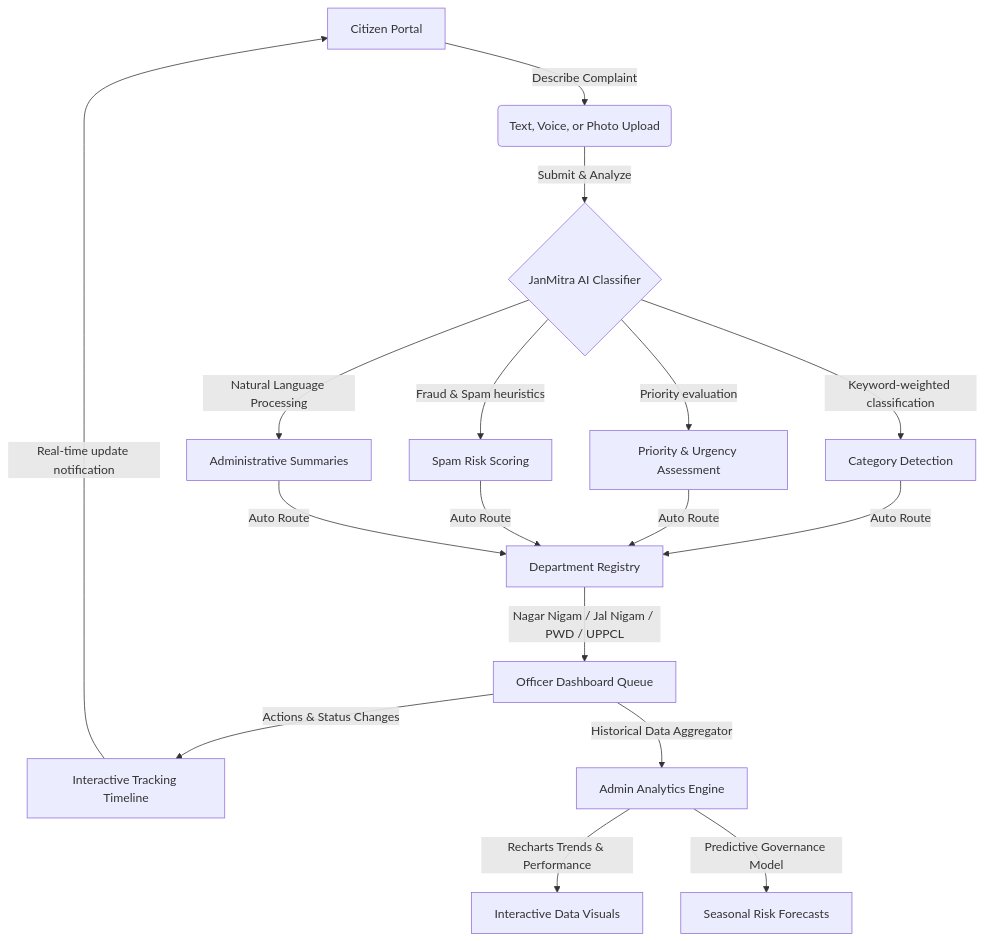
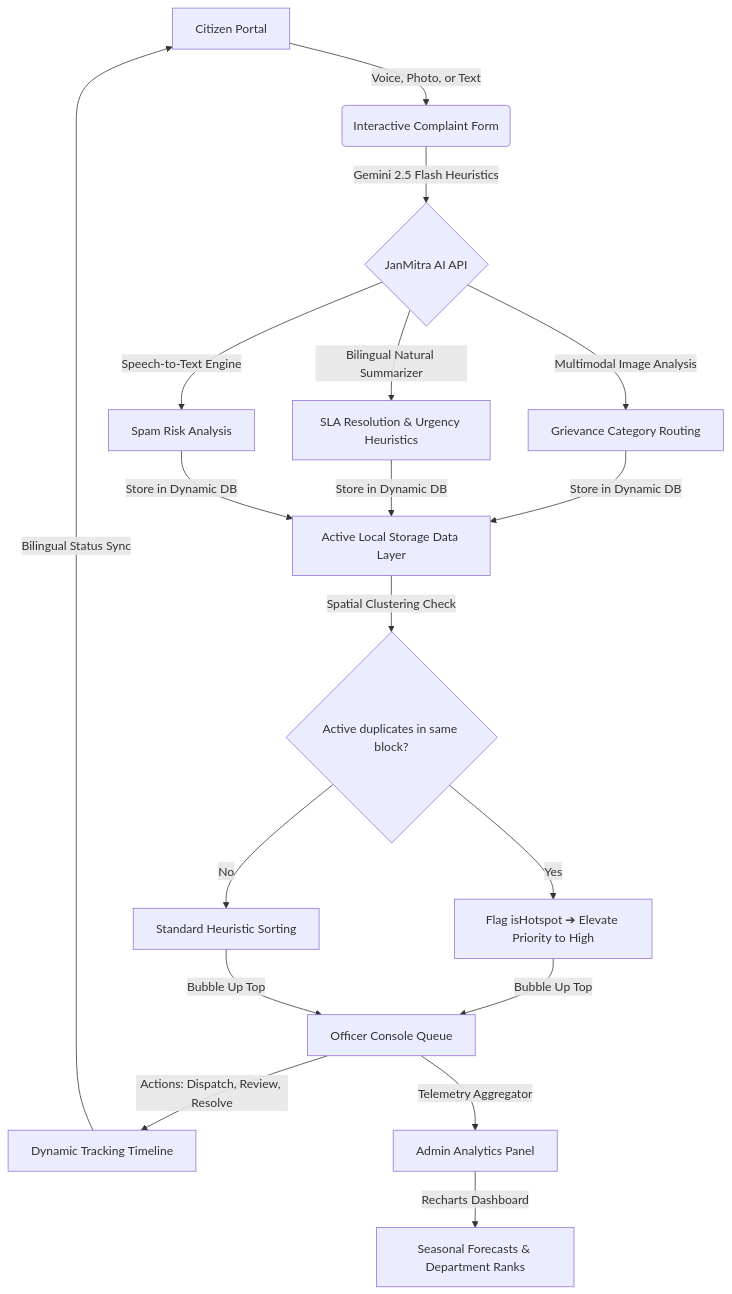
One commit to theabhishek4u/JanMitra-AI changed the diagram in README.md. Above: the diagram before and after it, drawn with Mermaid. The commit also changed other lines of this file and 1 other file, not shown here.

````diff
--- a/README.md
+++ b/README.md
@@ -38,25 +134,26 @@
 ```mermaid
 graph TD
     %% Citizen Actions
-    A[Citizen Portal] -->|Describe Complaint| B(Text, Voice, or Photo Upload)
-    B -->|Submit & Analyze| C{JanMitra AI Classifier}
+    A[Citizen Portal] -->|Voice, Photo, or Text| B(Interactive Complaint Form)
+    B -->|Gemini 2.5 Flash Heuristics| C{JanMitra AI API}
     
-    %% AI Processing
-    C -->|Keyword-weighted classification| D[Category Detection]
-    C -->|Priority evaluation| E[Priority & Urgency Assessment]
-    C -->|Fraud & Spam heuristics| F[Spam Risk Scoring]
-    C -->|Natural Language Processing| G[Administrative Summaries]
+    %% AI Pipeline
+    C -->|Multimodal Image Analysis| D[Grievance Category Routing]
+    C -->|Bilingual Natural Summarizer| E[SLA Resolution & Urgency Heuristics]
+    C -->|Speech-to-Text Engine| F[Spam Risk Analysis]
     
-    %% Routing
-    D & E & F & G -->|Auto Route| H[Department Registry]
-    H -->|Nagar Nigam / Jal Nigam / PWD / UPPCL| I[Officer Dashboard Queue]
+    %% Storage & Clustering
+    D & E & F -->|Store in Dynamic DB| G[Active Local Storage Data Layer]
+    G -->|Spatial Clustering Check| H{Active duplicates in same block?}
+    H -->|Yes| I[Flag isHotspot ➔ Elevate Priority to High]
+    H -->|No| J[Standard Heuristic Sorting]
     
-    %% Operational Actions
-    I -->|Actions & Status Changes| J[Interactive Tracking Timeline]
-    J -->|Real-time update notification| A
+    %% Officers
+    I & J -->|Bubble Up Top| K[Officer Console Queue]
+    K -->|Actions: Dispatch, Review, Resolve| L[Dynamic Tracking Timeline]
+    L -->|Bilingual Status Sync| A
     
-    %% Analytics & Predictions
-    I -->|Historical Data Aggregator| K[Admin Analytics Engine]
-    K -->|Recharts Trends & Performance| L[Interactive Data Visuals]
-    K -->|Predictive Governance Model| M[Seasonal Risk Forecasts]
+    %% Administration
+    K -->|Telemetry Aggregator| M[Admin Analytics Panel]
+    M -->|Recharts Dashboard| N[Seasonal Forecasts & Department Ranks]
 ```
````
